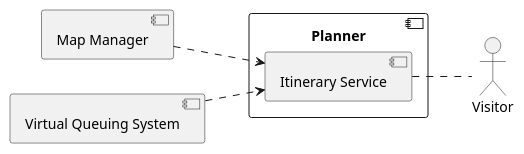
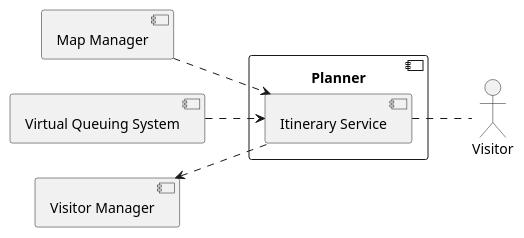
One commit to ICPS-MicroCity/amusement-park-analysis changed the diagram in doc/res/planner.puml. Above: the diagram before and after it, drawn with PlantUML. The commit also changed 8 other files, not shown here.

Commit message:
docs: architectures pictures

```diff
--- a/doc/res/planner.puml
+++ b/doc/res/planner.puml
@@ -1,18 +1,20 @@
 @startuml planner
 left to right direction
 
 component "Planner" as planner {
     component "Itinerary Service" as itinerary
 }
 
 component "Virtual Queuing System" as vqs
 component "Map Manager" as mm
+component "Visitor Manager" as vm
 
 actor "Visitor" as visitor
 
 itinerary <.up. vqs
 itinerary <.up. mm
+vm <.. itinerary
 
 itinerary .. visitor
 
 @enduml
```
